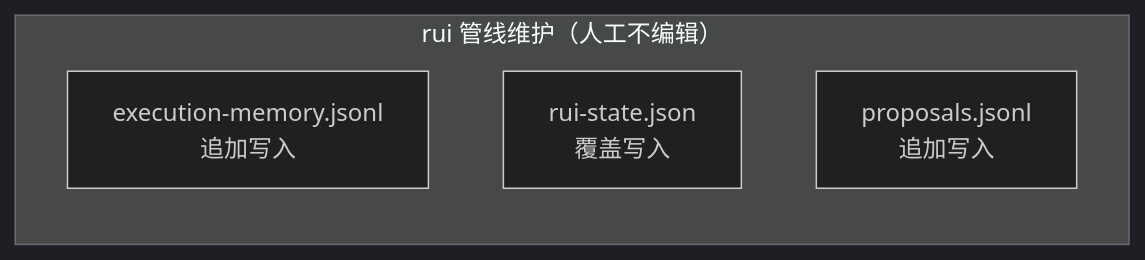
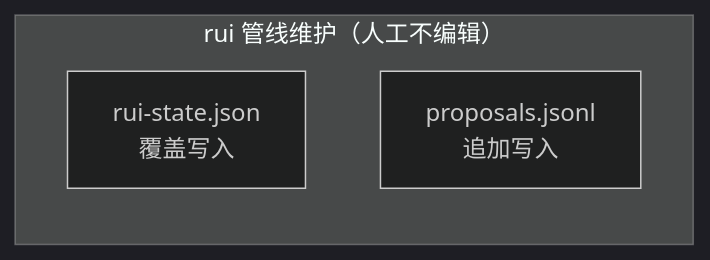
Before and after one commit to effiy/YrY: the fourth of 5 diagrams in skills/rui/coder.md, drawn with Mermaid (dark theme). The commit also changed other lines of this file and 42 other files, not shown here.

First line of the commit message:
feat: apply Mermaid authoring rules (M1-M12) across entire codebase

````diff
--- a/skills/rui/coder.md
+++ b/skills/rui/coder.md
@@ -118,9 +129,10 @@
 ```mermaid
 flowchart LR
     subgraph 管理["rui 管线维护（人工不编辑）"]
-        M1["execution-memory.jsonl<br/>追加写入"]:::data
+        direction TB
         M2["rui-state.json<br/>覆盖写入"]:::data
         M3["proposals.jsonl<br/>追加写入"]:::data
     end
 
+
 ```
````
